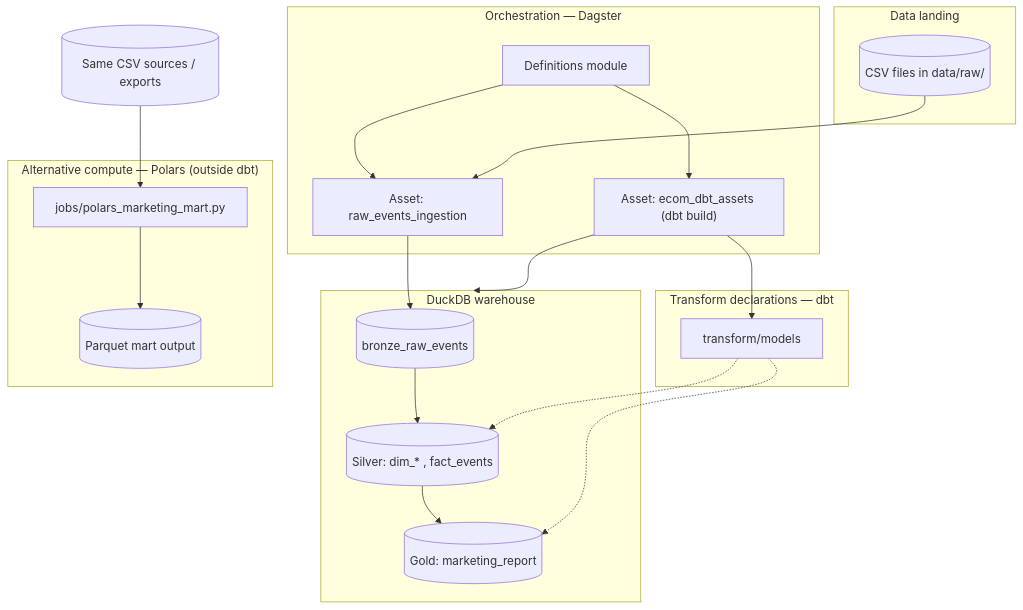
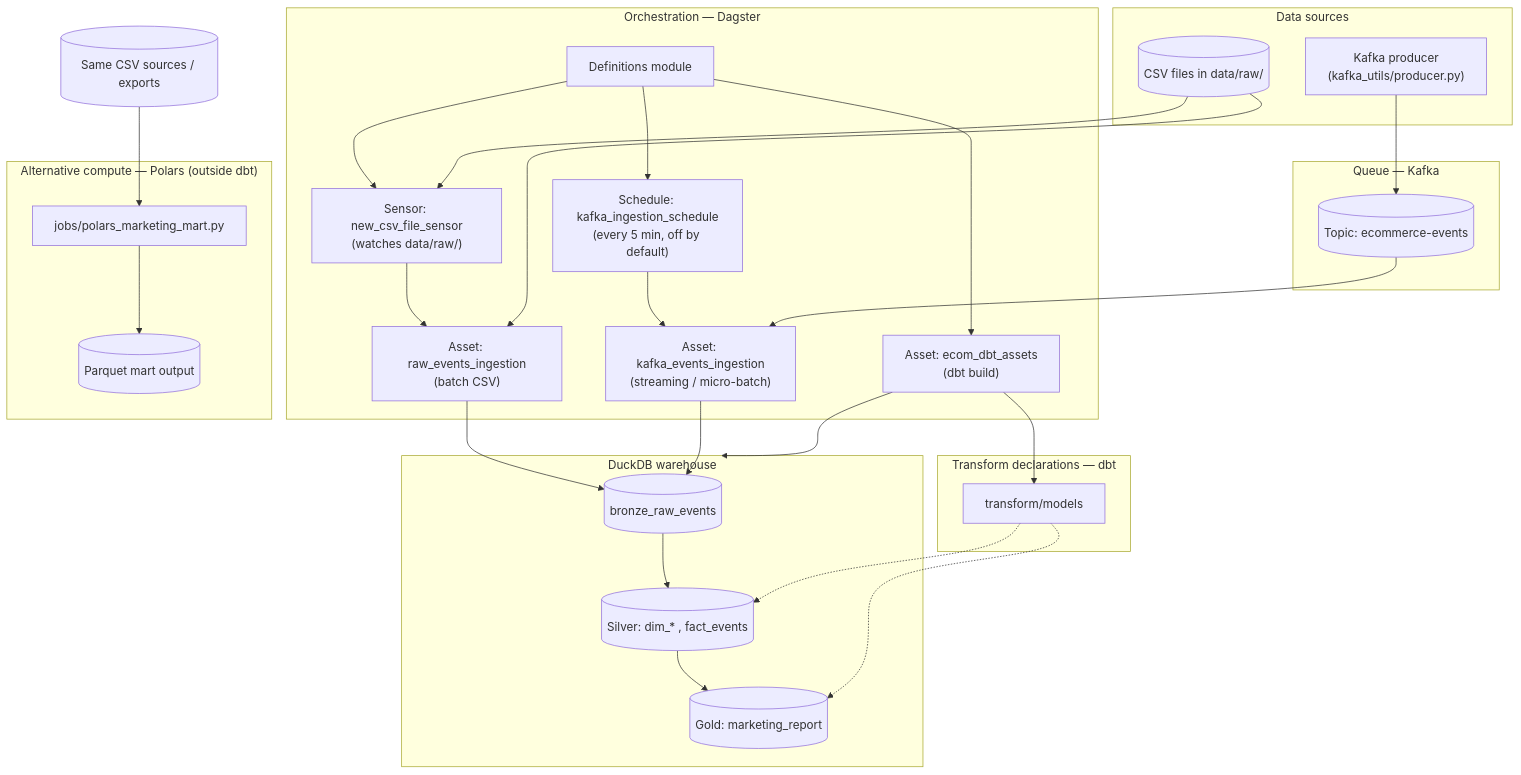
One commit to AlicjaTomaszewska/dagster-dbt-duckdb-pipeline changed the diagram in docs/pipeline_architecture.md. Above: the diagram before and after it, drawn with Mermaid. The commit also changed other lines of this file and 10 other files, not shown here.

````diff
--- a/docs/pipeline_architecture.md
+++ b/docs/pipeline_architecture.md
@@ -5,42 +7,57 @@
 ```mermaid
 flowchart TB
-    subgraph landing["Data landing"]
+    subgraph sources["Data sources"]
         RAW[("CSV files in data/raw/")]
+        KPR["Kafka producer\n(kafka_utils/producer.py)"]
+    end
+
+    subgraph queue["Queue — Kafka"]
+        KT[("Topic: ecommerce-events")]
     end
 
     subgraph orchestration["Orchestration — Dagster"]
         D[Definitions module]
-        A["Asset: raw_events_ingestion"]
-        DBT["Asset: ecom_dbt_assets (dbt build)"]
-        D --> A
+        SENS["Sensor: new_csv_file_sensor\n(watches data/raw/)"]
+        SCHED["Schedule: kafka_ingestion_schedule\n(every 5 min, off by default)"]
+        A["Asset: raw_events_ingestion\n(batch CSV)"]
+        AK["Asset: kafka_events_ingestion\n(streaming / micro-batch)"]
+        DBT["Asset: ecom_dbt_assets\n(dbt build)"]
+        D --> SENS
+        D --> SCHED
+        SENS --> A
+        SCHED --> AK
         D --> DBT
     end
 
     subgraph warehouse["DuckDB warehouse"]
         BRZ[(bronze_raw_events)]
         SIL[("Silver: dim_* , fact_events")]
         GLD[("Gold: marketing_report")]
         BRZ --> SIL
         SIL --> GLD
     end
 
     subgraph decl["Transform declarations — dbt"]
         P[transform/models]
         P -.-> SIL
         P -.-> GLD
     end
 
     subgraph alt["Alternative compute — Polars (outside dbt)"]
         J["jobs/polars_marketing_mart.py"]
         PQ[("Parquet mart output")]
         J --> PQ
     end
 
+    RAW --> SENS
     RAW --> A
+    KPR --> KT
+    KT --> AK
     A --> BRZ
+    AK --> BRZ
     DBT --> P
     DBT --> warehouse
 
     CSV2[("Same CSV sources / exports")]
     CSV2 --> J
 ```
````
